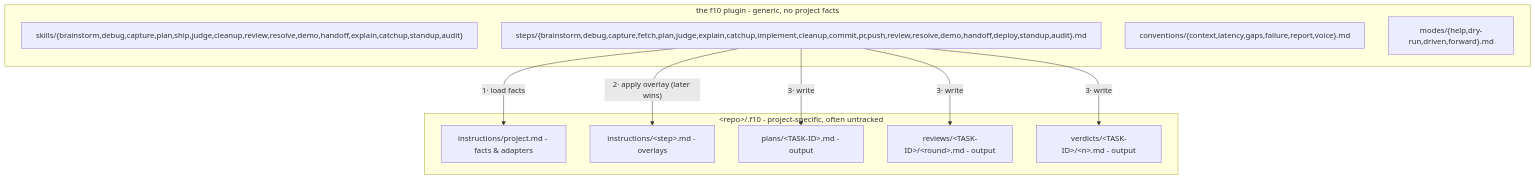
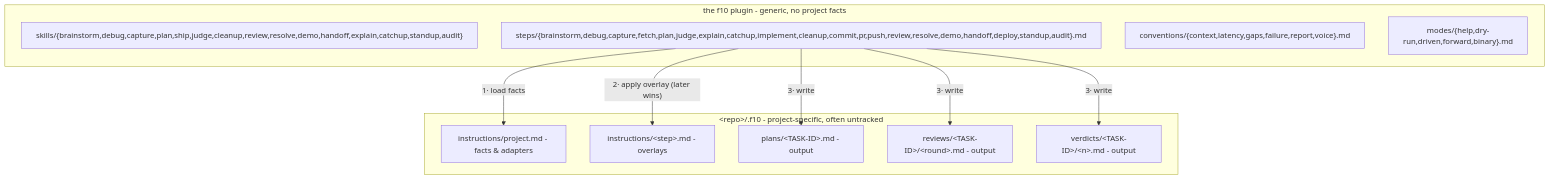
The second of 2 diagrams in README.md (amberpixels/f10), drawn with Mermaid before and after one commit. The commit also changed other lines of this file and 72 other files, not shown here.

````diff
--- a/README.md
+++ b/README.md
@@ -313,21 +316,21 @@
 ```mermaid
 flowchart TB
     subgraph plugin ["the f10 plugin - generic, no project facts"]
         skills2["skills/{brainstorm,debug,capture,plan,ship,judge,cleanup,review,resolve,demo,handoff,explain,catchup,standup,audit}"]
         gsteps["steps/{brainstorm,debug,capture,fetch,plan,judge,explain,catchup,implement,cleanup,commit,pr,push,review,resolve,demo,handoff,deploy,standup,audit}.md"]
         conv["conventions/{context,latency,gaps,failure,report,voice}.md"]
-        modes2["modes/{help,dry-run,driven,forward}.md"]
+        modes2["modes/{help,dry-run,driven,forward,binary}.md"]
     end
     subgraph repo ["&lt;repo&gt;/.f10 - project-specific, often untracked"]
         proj["instructions/project.md - facts & adapters"]
         over["instructions/&lt;step&gt;.md - overlays"]
         plans2["plans/&lt;TASK-ID&gt;.md - output"]
         reviews2["reviews/&lt;TASK-ID&gt;/&lt;round&gt;.md - output"]
         verdicts2["verdicts/&lt;TASK-ID&gt;/&lt;n&gt;.md - output"]
     end
     gsteps -- "1· load facts" --> proj
     gsteps -- "2· apply overlay (later wins)" --> over
     gsteps -- "3· write" --> plans2
     gsteps -- "3· write" --> reviews2
     gsteps -- "3· write" --> verdicts2
 ```
````
